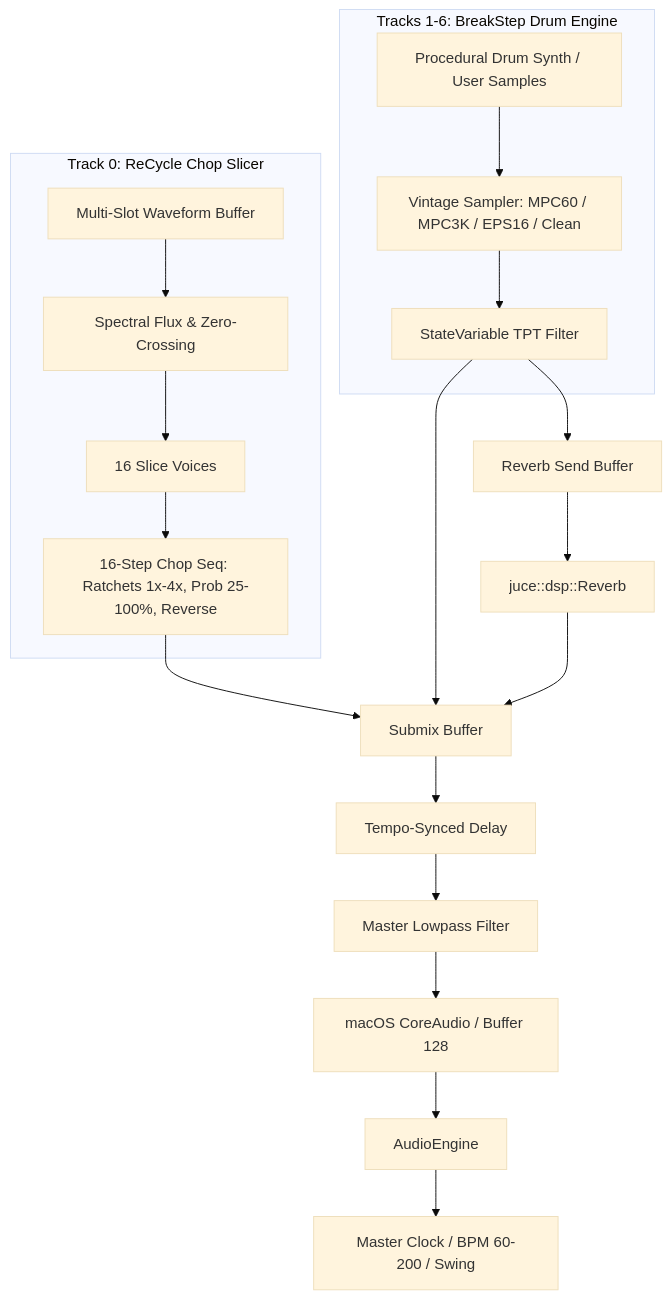
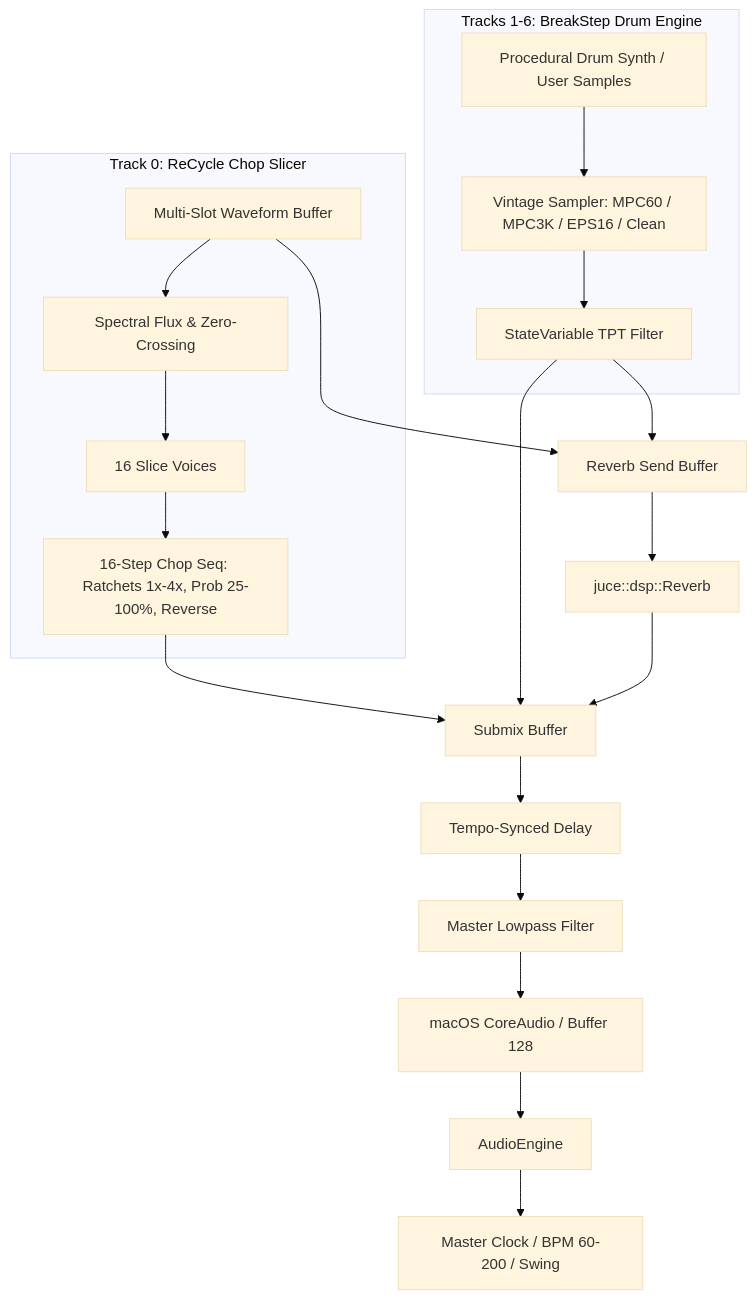
One commit to Ultramal13/BreakStep changed the second of 2 diagrams in breakstep_juce/README.md. Above: the diagram before and after it, drawn with Mermaid (base theme). The commit also changed other lines of this file and 7 other files, not shown here.

Commit message:
docs: standardize all project documentation, technical specs, and guides in English with modular roadmap

````diff
--- a/breakstep_juce/README.md
+++ b/breakstep_juce/README.md
@@ -55,25 +80,26 @@
 ```mermaid
 graph TD
     CoreAudio[macOS CoreAudio / Buffer 128] --> AudioEngine
     AudioEngine --> MasterTransport[Master Clock / BPM 60-200 / Swing]
     
     subgraph Track 0: ReCycle Chop Slicer
         AudioSlicer[Multi-Slot Waveform Buffer] --> TransientDetector[Spectral Flux & Zero-Crossing]
         TransientDetector --> SliceEngine[16 Slice Voices]
         SliceEngine --> SliceSequencer[16-Step Chop Seq: Ratchets 1x-4x, Prob 25-100%, Reverse]
     end
     
     subgraph Tracks 1-6: BreakStep Drum Engine
         ProceduralSynth[Procedural Drum Synth / User Samples] --> VintageDSP[Vintage Sampler: MPC60 / MPC3K / EPS16 / Clean]
         VintageDSP --> TrackTPT[StateVariable TPT Filter]
     end
     
     SliceSequencer --> Submix[Submix Buffer]
     TrackTPT --> Submix
     TrackTPT --> ReverbSend[Reverb Send Buffer]
+    AudioSlicer --> ReverbSend
     ReverbSend --> GlobalReverb[juce::dsp::Reverb]
     GlobalReverb --> Submix
     Submix --> FeedbackDelay[Tempo-Synced Delay]
     FeedbackDelay --> MasterFilter[Master Lowpass Filter]
     MasterFilter --> CoreAudio
 ```
````
